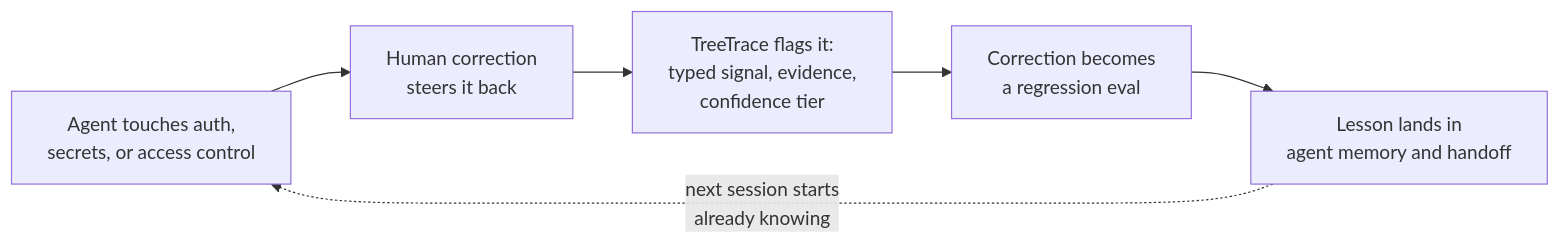
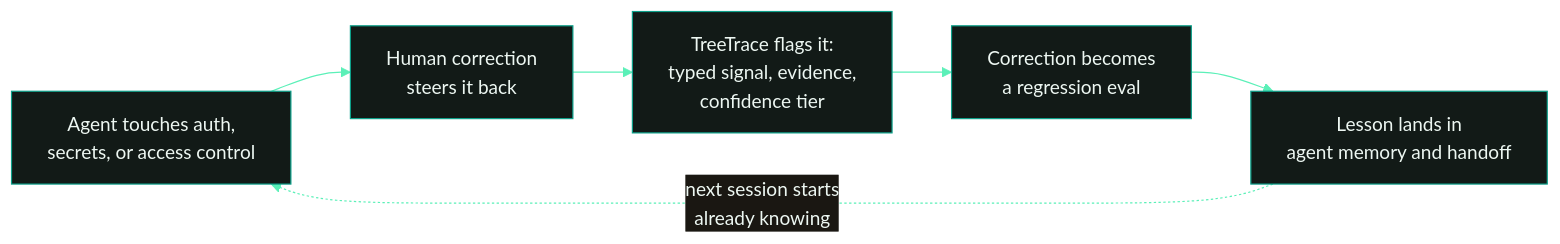
The diagram in README.md (TreeTraceTool/TreeTrace), drawn with Mermaid before and after one commit. The commit also changed other lines of this file and 2 other files, not shown here.

Commit message:
Redesign the README landing: centered hero with theme-aware logo, badge cluster, quick nav, feature grid, and collapsible reference sections

````diff
--- a/README.md
+++ b/README.md
@@ -54,8 +82,9 @@
 ```mermaid
+%%{init: {'theme':'base','themeVariables':{'primaryColor':'#121A17','primaryTextColor':'#EDF7F2','primaryBorderColor':'#0CA08A','lineColor':'#5BF0B8','tertiaryColor':'#0B1210','fontFamily':'ui-monospace, monospace'}}}%%
 flowchart LR
   A["Agent touches auth,<br/>secrets, or access control"] --> B["Human correction<br/>steers it back"]
   B --> C["TreeTrace flags it:<br/>typed signal, evidence,<br/>confidence tier"]
   C --> D["Correction becomes<br/>a regression eval"]
   D --> E["Lesson lands in<br/>agent memory and handoff"]
   E -.->|"next session starts<br/>already knowing"| A
 ```
````
